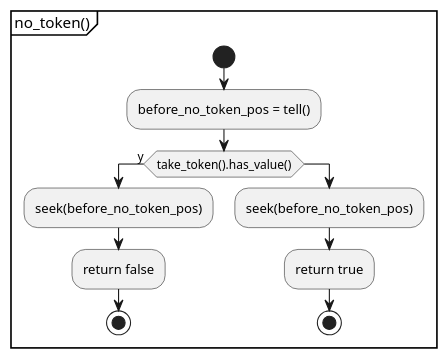
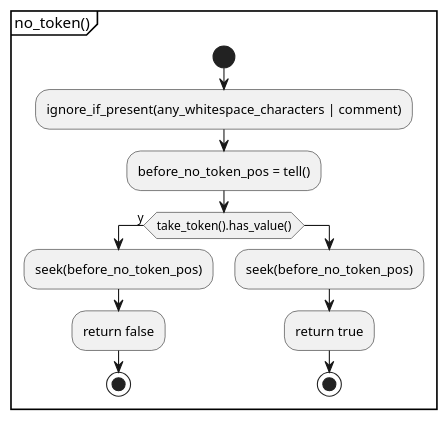
One commit to KodaiYM/PDFReader changed the second of 5 diagrams in document/document_reader/ipdfstream/object_stream/tokenizer/tokenizer.activity.pu. Above: the diagram before and after it, drawn with PlantUML. The commit also changed other lines of this file and 23 other files, not shown here.

```diff
--- a/document/document_reader/ipdfstream/object_stream/tokenizer/tokenizer.activity.pu
+++ b/document/document_reader/ipdfstream/object_stream/tokenizer/tokenizer.activity.pu
@@ -9,16 +10,18 @@
 @startuml no_token
 partition "no_token()" {
 start
+	:ignore_if_present(any_whitespace_characters | comment);
+
 	:before_no_token_pos = tell();
 	if (take_token().has_value()) then (y)
 		:seek(before_no_token_pos);
 		:return false;
 		stop
 	else
 		:seek(before_no_token_pos);
 		:return true;
 		stop
 	endif
 ' stop
 }
 @enduml
```
